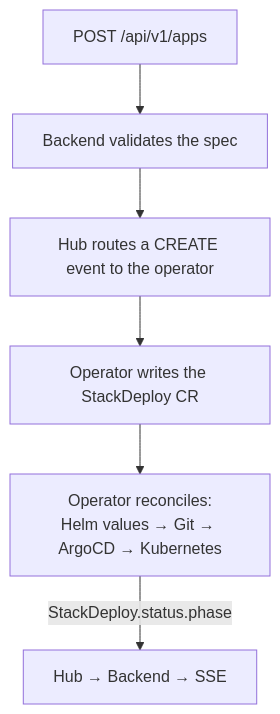
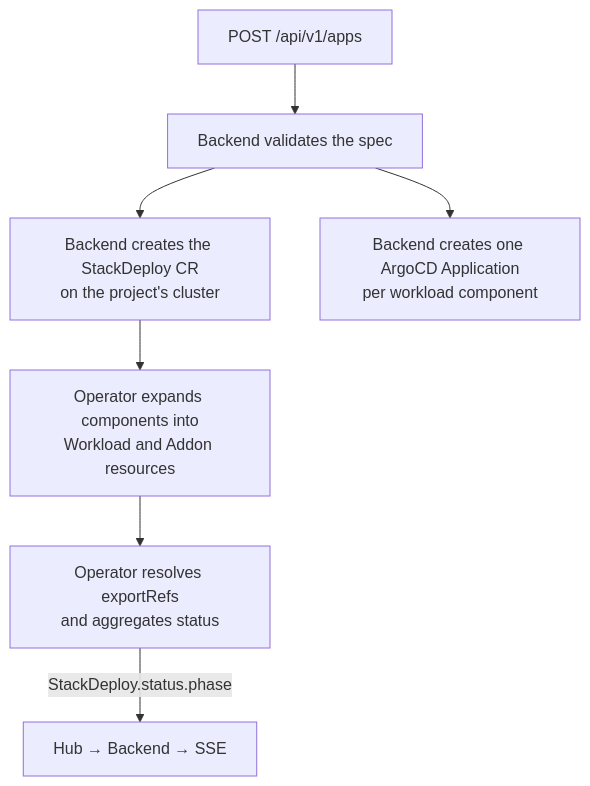
The first of 2 diagrams in content/concepts/apps.mdx (kubenesthq/docs), drawn with Mermaid before and after one commit. The commit also changed other lines of this file and 8 other files, not shown here.

````diff
--- a/content/concepts/apps.mdx
+++ b/content/concepts/apps.mdx
@@ -18,8 +18,9 @@
 ```mermaid
 flowchart TD
     A["POST /api/v1/apps"] --> B["Backend validates the spec"]
-    B --> C["Hub routes a CREATE event to the operator"]
-    C --> D["Operator writes the StackDeploy CR"]
-    D --> E["Operator reconciles:<br/>Helm values → Git → ArgoCD → Kubernetes"]
-    E -- "StackDeploy.status.phase" --> F["Hub → Backend → SSE"]
+    B --> C["Backend creates the StackDeploy CR<br/>on the project's cluster"]
+    B --> D["Backend creates one ArgoCD Application<br/>per workload component"]
+    C --> E["Operator expands components into<br/>Workload and Addon resources"]
+    E --> F["Operator resolves exportRefs<br/>and aggregates status"]
+    F -- "StackDeploy.status.phase" --> G["Hub → Backend → SSE"]
 ```
````
